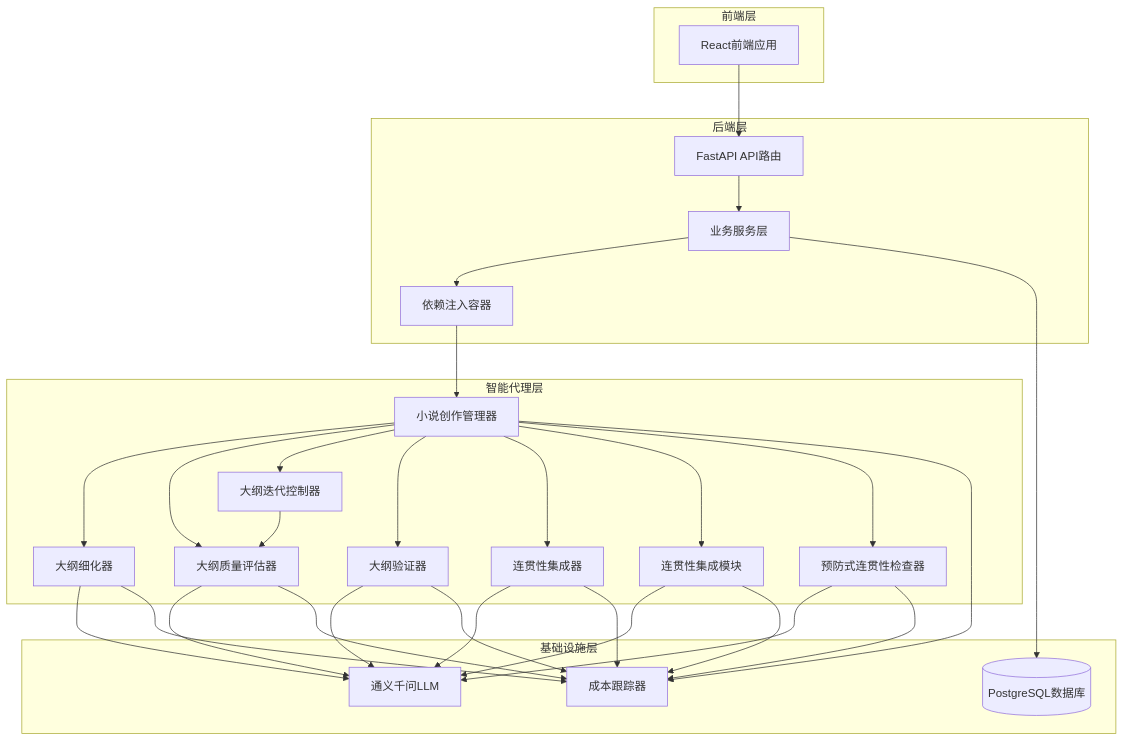
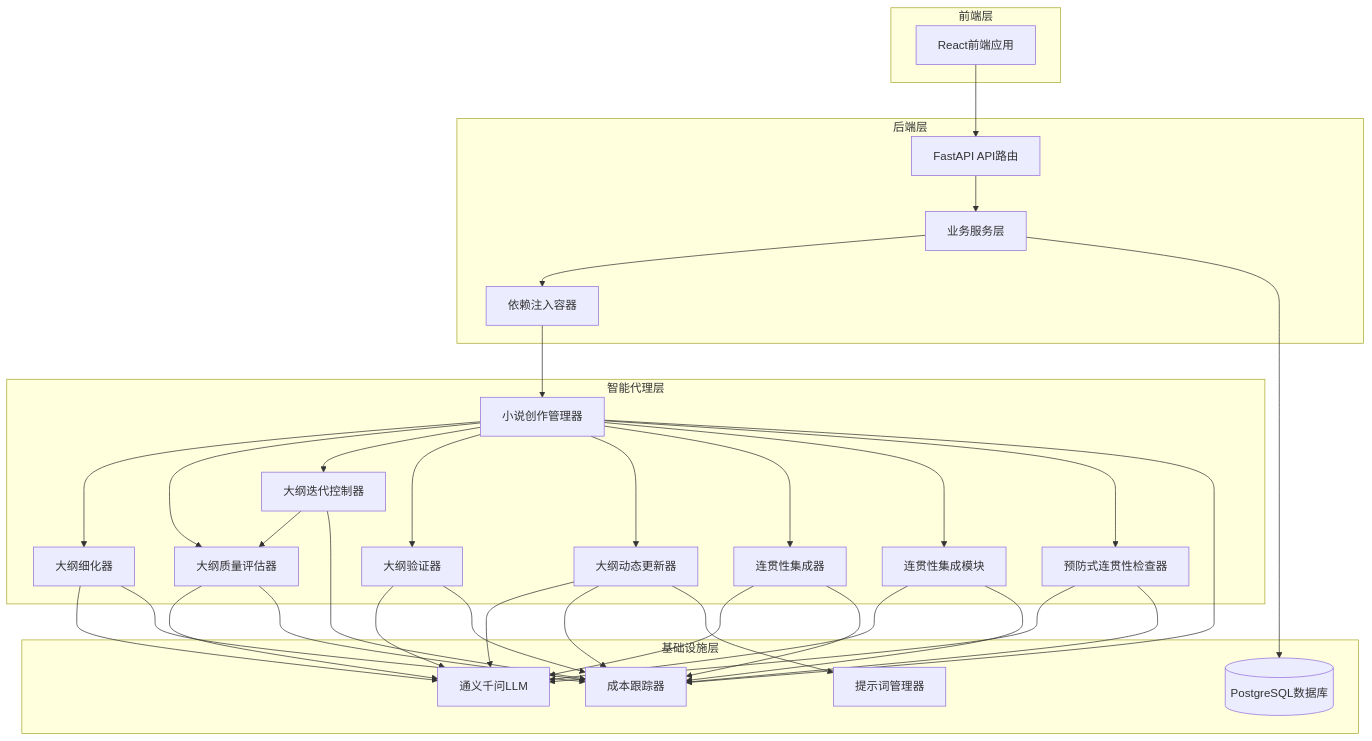
The first of 11 diagrams in .qoder/repowiki/zh/content/AI智能体系统/智能大纲完善系统.md (xfbyxq/ai-novel-system), drawn with Mermaid before and after one commit. The commit also changed other lines of this file and 11 other files, not shown here.

````diff
--- a/.qoder/repowiki/zh/content/AI智能体系统/智能大纲完善系统.md
+++ b/.qoder/repowiki/zh/content/AI智能体系统/智能大纲完善系统.md
@@ -71,52 +79,59 @@
 ```mermaid
 graph TB
 subgraph "前端层"
 FE[React前端应用]
 end
 subgraph "后端层"
 API[FastAPI API路由]
 SVC[业务服务层]
 DEP[依赖注入容器]
 end
 subgraph "智能代理层"
 CM[小说创作管理器]
 OR[大纲细化器]
 OQE[大纲质量评估器]
 OIC[大纲迭代控制器]
 OV[大纲验证器]
+ODU[大纲动态更新器]
 CI[连贯性集成器]
 CIM[连贯性集成模块]
 PCC[预防式连贯性检查器]
 end
 subgraph "基础设施层"
 DB[(PostgreSQL数据库)]
 LLM[通义千问LLM]
 CT[成本跟踪器]
+PM[提示词管理器]
 end
 FE --> API
 API --> SVC
 SVC --> DEP
 DEP --> CM
 CM --> OR
 CM --> OQE
 CM --> OIC
 CM --> OV
+CM --> ODU
 CM --> CI
 CM --> CIM
 CM --> PCC
 OR --> LLM
 OQE --> LLM
 OIC --> OQE
 OV --> LLM
+ODU --> LLM
 CI --> LLM
 CIM --> LLM
 PCC --> LLM
 SVC --> DB
 CM --> CT
 OR --> CT
 OQE --> CT
+OIC --> CT
 OV --> CT
+ODU --> CT
 CI --> CT
 CIM --> CT
 PCC --> CT
+ODU --> PM
 ```
````
